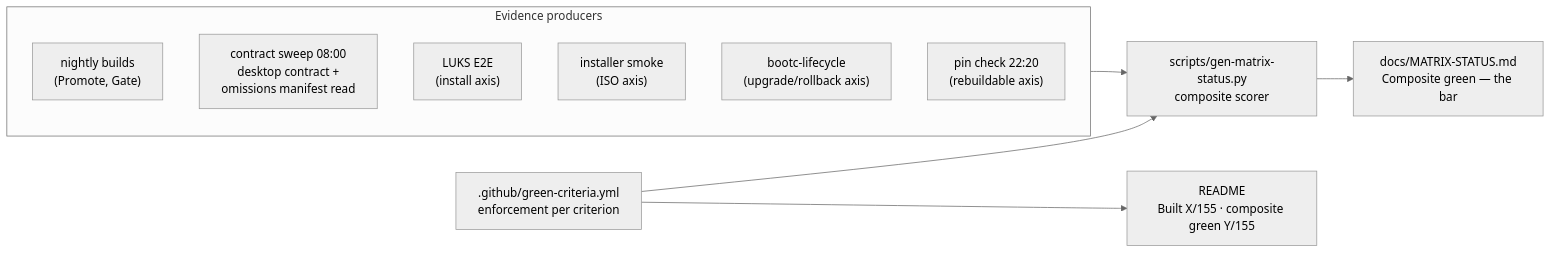
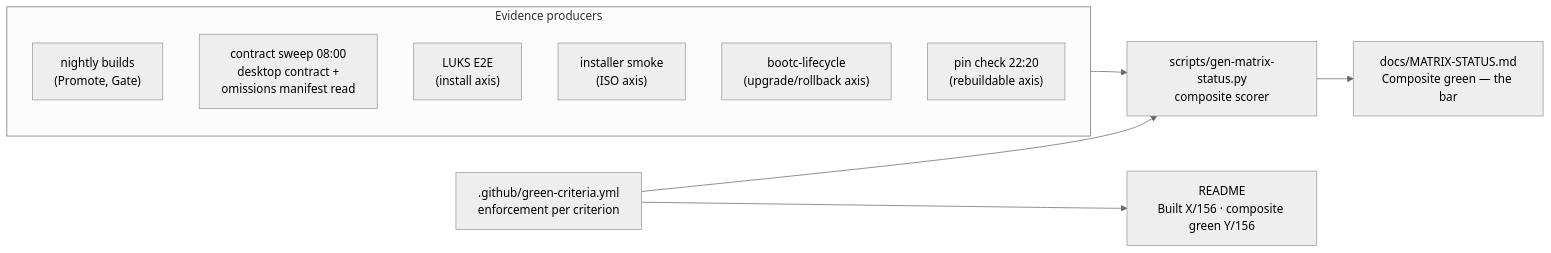
The fifth of 5 diagrams in docs/DEVELOPER-GUIDE.md (tuna-os/tunaOS), drawn with Mermaid (neutral theme) before and after one commit. The commit also changed other lines of this file and 7 other files, not shown here.

````diff
--- a/docs/DEVELOPER-GUIDE.md
+++ b/docs/DEVELOPER-GUIDE.md
@@ -297,20 +297,20 @@
 ```mermaid
 flowchart LR
     subgraph evidence["Evidence producers"]
         BLD["nightly builds<br/>(Promote, Gate)"]
         SWEEP["contract sweep 08:00<br/>desktop contract +<br/>omissions manifest read"]
         LUKS["LUKS E2E<br/>(install axis)"]
         ISO["installer smoke<br/>(ISO axis)"]
         LC["bootc-lifecycle<br/>(upgrade/rollback axis)"]
         PIN["pin check 22:20<br/>(rebuildable axis)"]
     end
     CRIT[".github/green-criteria.yml<br/>enforcement per criterion"]
     GEN["scripts/gen-matrix-status.py<br/>composite scorer"]
     MS["docs/MATRIX-STATUS.md<br/>Composite green — the bar"]
-    RM["README<br/>Built X/155 · composite green Y/155"]
+    RM["README<br/>Built X/156 · composite green Y/156"]
 
     evidence --> GEN
     CRIT --> GEN
     GEN --> MS
     CRIT --> RM
 ```
````
